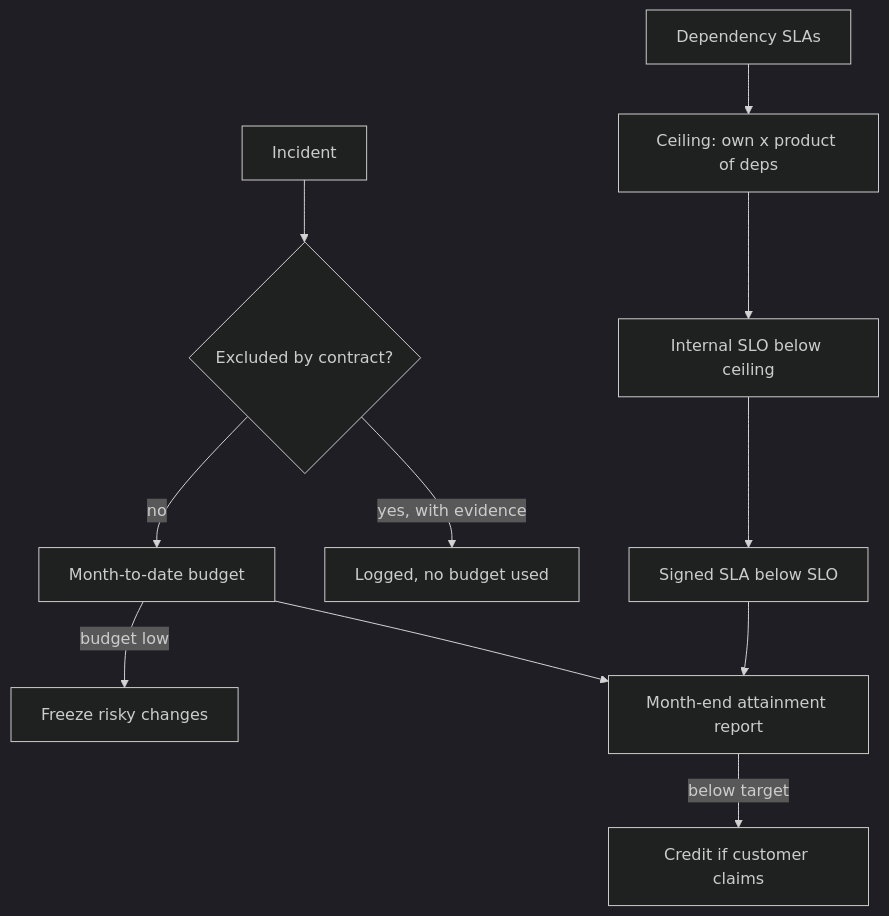
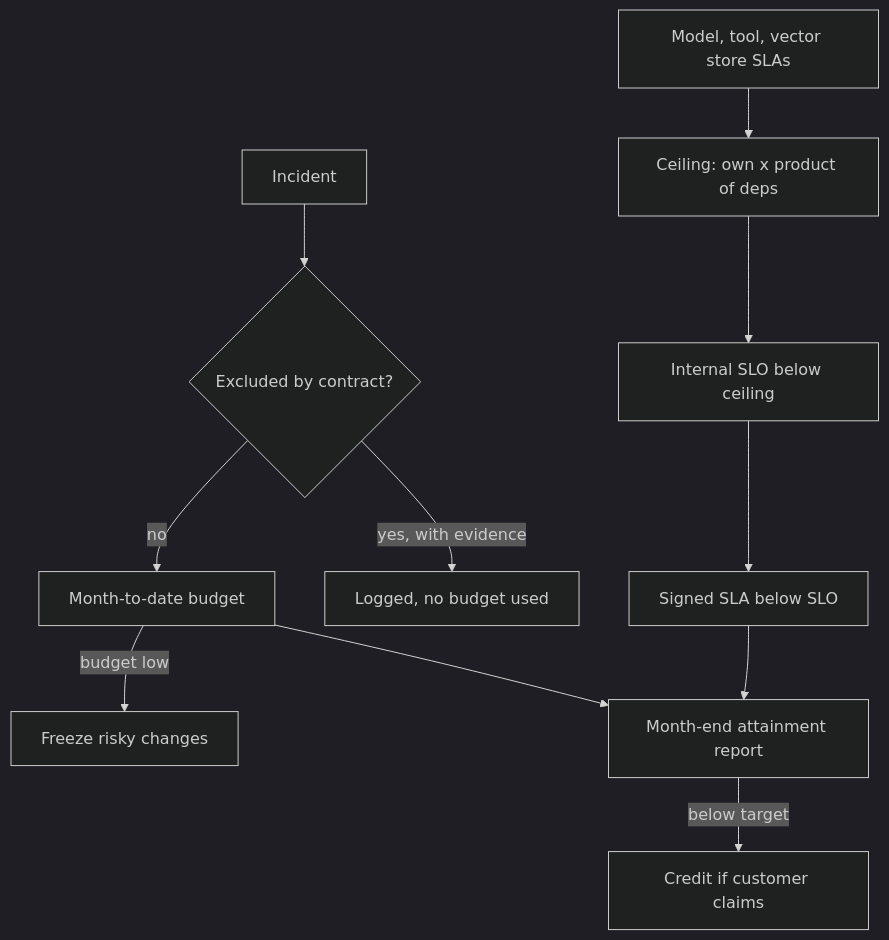
One commit to lovishmahajan97/agentic-learning changed the diagram in content/delivery-ownership/slas.md. Above: the diagram before and after it, drawn with Mermaid (dark theme). The commit also changed other lines of this file and 454 other files, not shown here.

````diff
--- a/content/delivery-ownership/slas.md
+++ b/content/delivery-ownership/slas.md
@@ -140,13 +169,13 @@
 ```mermaid
 flowchart TD
-    D["Dependency SLAs"] --> C["Ceiling: own x product of deps"]
+    D["Model, tool, vector store SLAs"] --> C["Ceiling: own x product of deps"]
     C --> S["Internal SLO below ceiling"]
     S --> A["Signed SLA below SLO"]
     I["Incident"] --> E{"Excluded by contract?"}
     E -->|"yes, with evidence"| R["Logged, no budget used"]
     E -->|"no"| B["Month-to-date budget"]
     B -->|"budget low"| F["Freeze risky changes"]
     B --> M["Month-end attainment report"]
     A --> M
     M -->|"below target"| CR["Credit if customer claims"]
 ```
````
